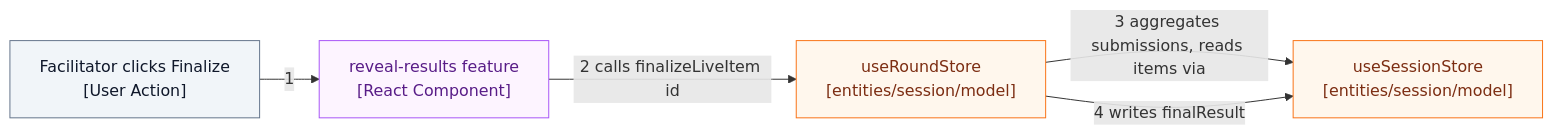
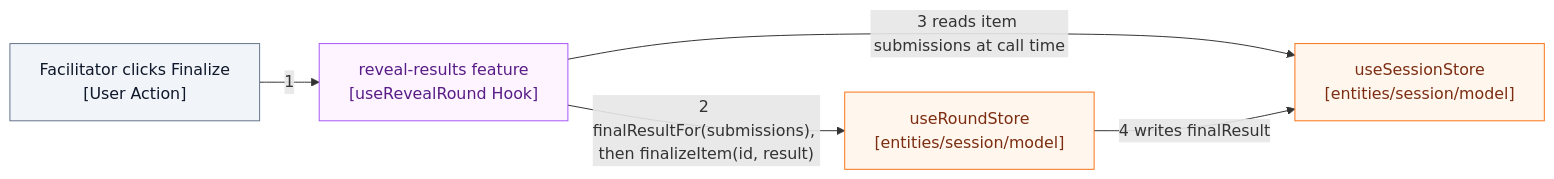
One commit to cfisch3r/estimate changed the third of 3 diagrams in docs/adr/005-session-store-decomposition.md. Above: the diagram before and after it, drawn with Mermaid. The commit also changed other lines of this file and 181 other files, not shown here.

Commit message:
refactor: apply architecture review findings (#147)

````diff
--- a/docs/adr/005-session-store-decomposition.md
+++ b/docs/adr/005-session-store-decomposition.md
@@ -208,14 +210,14 @@
 ```mermaid
 flowchart LR
-  Facilitator["Facilitator clicks Finalize<br/>[User Action]"] -->|1| RevealResults["reveal-results feature<br/>[React Component]"]
-  RevealResults -->|2 calls finalizeLiveItem id| RoundStore["useRoundStore<br/>[entities/session/model]"]
-  RoundStore -->|3 aggregates submissions, reads items via| SessionStore["useSessionStore<br/>[entities/session/model]"]
+  Facilitator["Facilitator clicks Finalize<br/>[User Action]"] -->|1| RevealResults["reveal-results feature<br/>[useRevealRound Hook]"]
+  RevealResults -->|"2 finalResultFor(submissions), then finalizeItem(id, result)"| RoundStore["useRoundStore<br/>[entities/session/model]"]
+  RevealResults -->|"3 reads item submissions at call time"| SessionStore["useSessionStore<br/>[entities/session/model]"]
   RoundStore -->|4 writes finalResult| SessionStore
 
   classDef action fill:#f1f5f9,stroke:#64748b,color:#0f172a
   classDef features fill:#fdf4ff,stroke:#a855f7,color:#581c87
   classDef session fill:#fff7ed,stroke:#f97316,color:#7c2d12
   class Facilitator action
   class RevealResults features
   class RoundStore,SessionStore session
 ```
````
